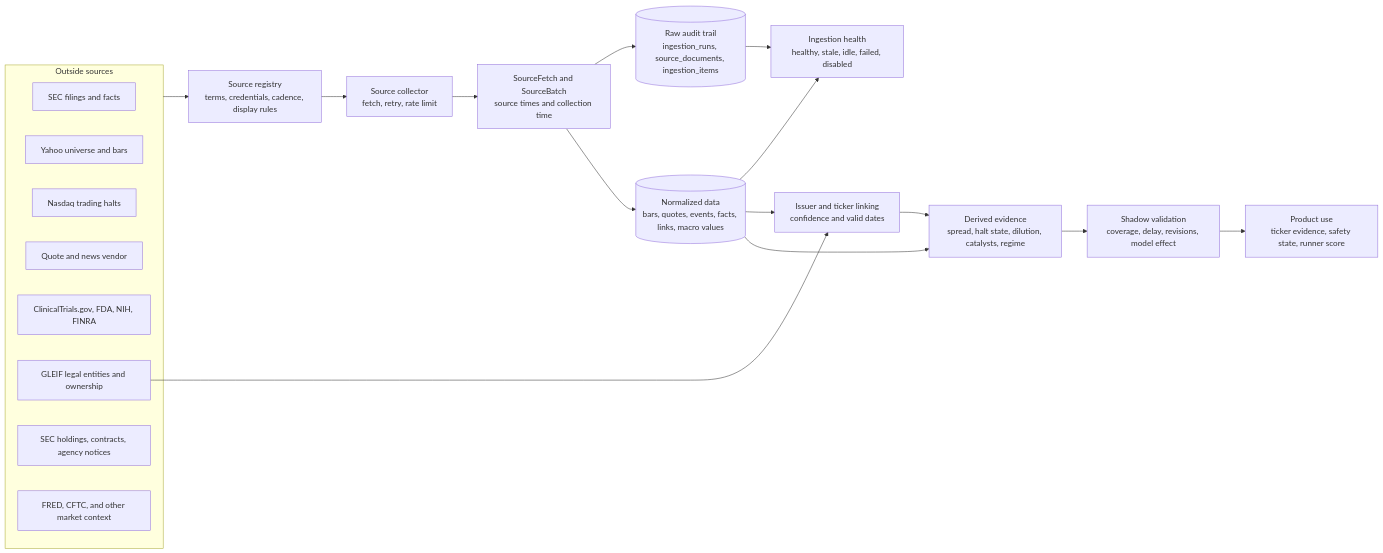
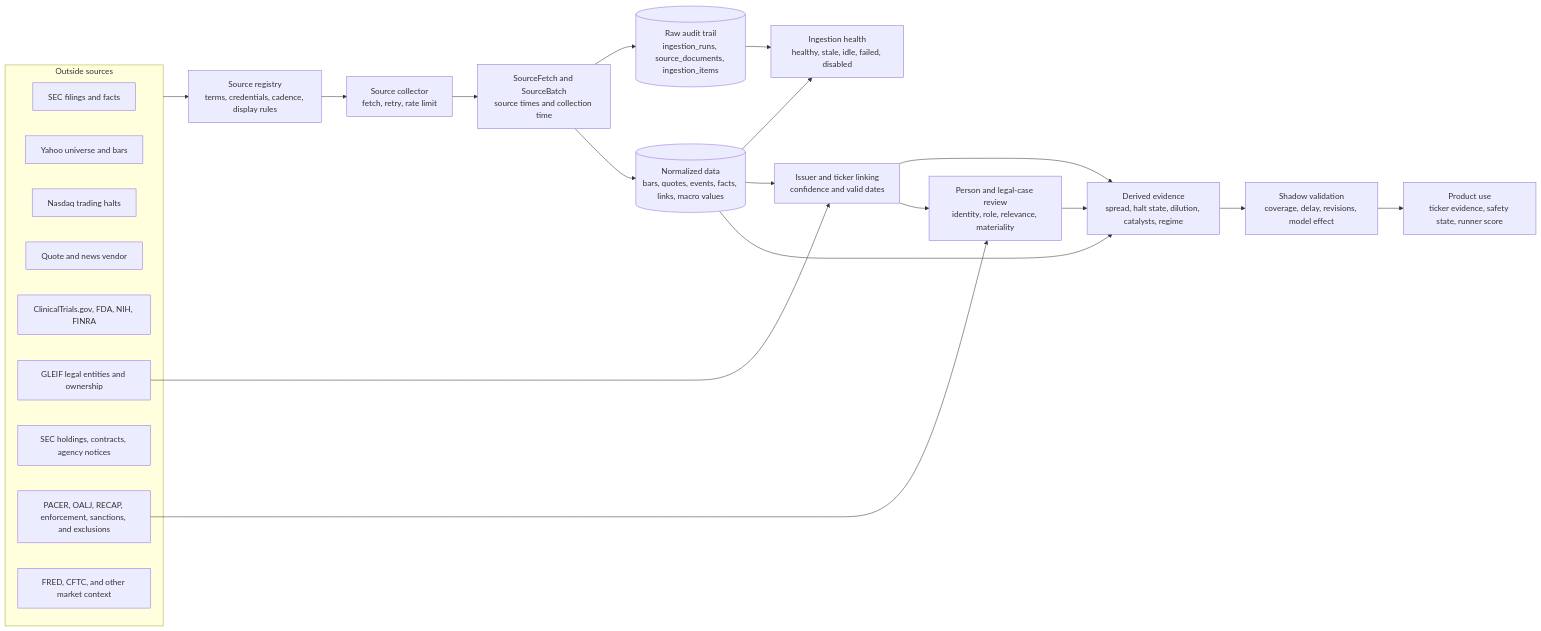
Before and after one commit to atimics/runner-watch: the diagram in docs/source-flow.md, drawn with Mermaid. The commit also changed other lines of this file and 12 other files, not shown here.

````diff
--- a/docs/source-flow.md
+++ b/docs/source-flow.md
@@ -6,35 +6,39 @@
 ```mermaid
 flowchart LR
     subgraph Sources[Outside sources]
         SEC[SEC filings and facts]
         Yahoo[Yahoo universe and bars]
         Nasdaq[Nasdaq trading halts]
         Vendor[Quote and news vendor]
         Events[ClinicalTrials.gov, FDA, NIH, FINRA]
         Identity[GLEIF legal entities and ownership]
         Public[SEC holdings, contracts, agency notices]
+        Legal[PACER, OALJ, RECAP, enforcement, sanctions, and exclusions]
         Macro[FRED, CFTC, and other market context]
     end
 
     Registry[Source registry<br/>terms, credentials, cadence, display rules]
     Collect[Source collector<br/>fetch, retry, rate limit]
     Batch[SourceFetch and SourceBatch<br/>source times and collection time]
 
     Raw[(Raw audit trail<br/>ingestion_runs, source_documents, ingestion_items)]
     Normal[(Normalized data<br/>bars, quotes, events, facts, links, macro values)]
     Health[Ingestion health<br/>healthy, stale, idle, failed, disabled]
     Link[Issuer and ticker linking<br/>confidence and valid dates]
+    Review[Person and legal-case review<br/>identity, role, relevance, materiality]
     Features[Derived evidence<br/>spread, halt state, dilution, catalysts, regime]
     Shadow[Shadow validation<br/>coverage, delay, revisions, model effect]
     Product[Product use<br/>ticker evidence, safety state, runner score]
 
     Sources --> Registry --> Collect --> Batch
     Identity --> Link
+    Legal --> Review
     Batch --> Raw
     Batch --> Normal
     Raw --> Health
     Normal --> Health
     Normal --> Link --> Features
+    Link --> Review --> Features
     Normal --> Features
     Features --> Shadow --> Product
 ```
````
